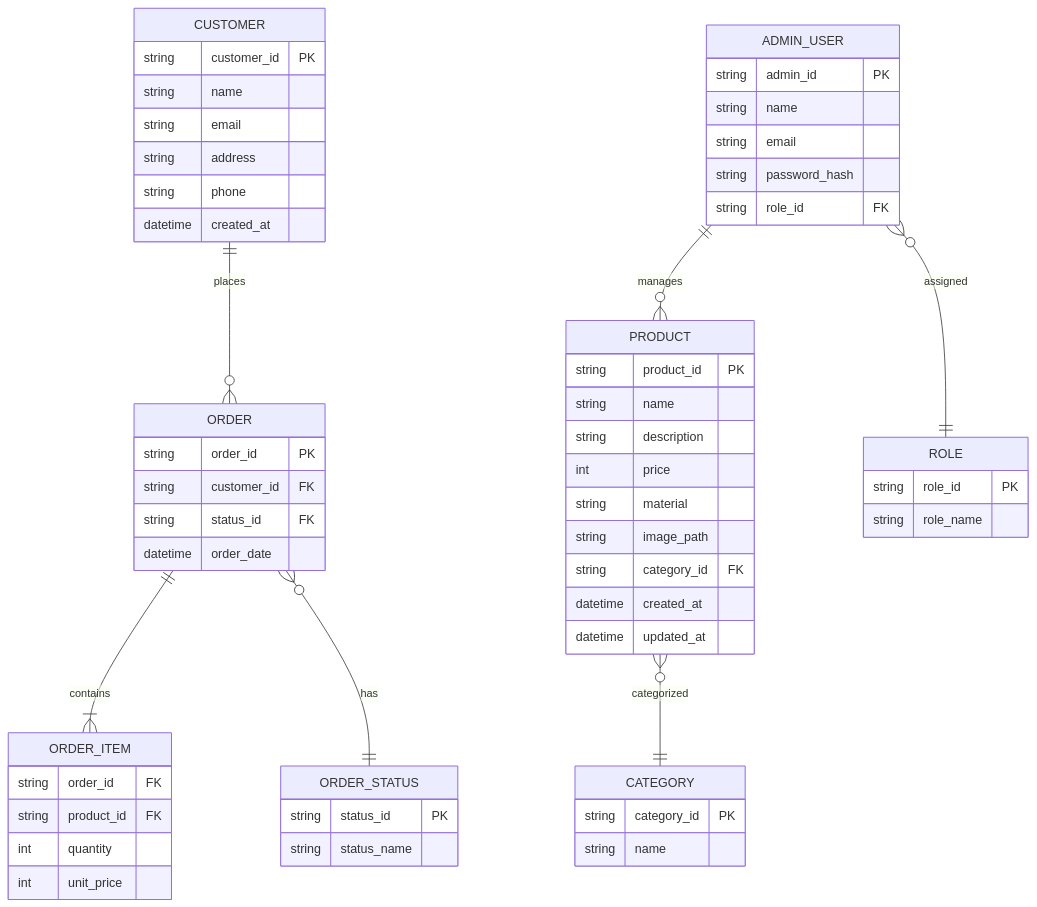
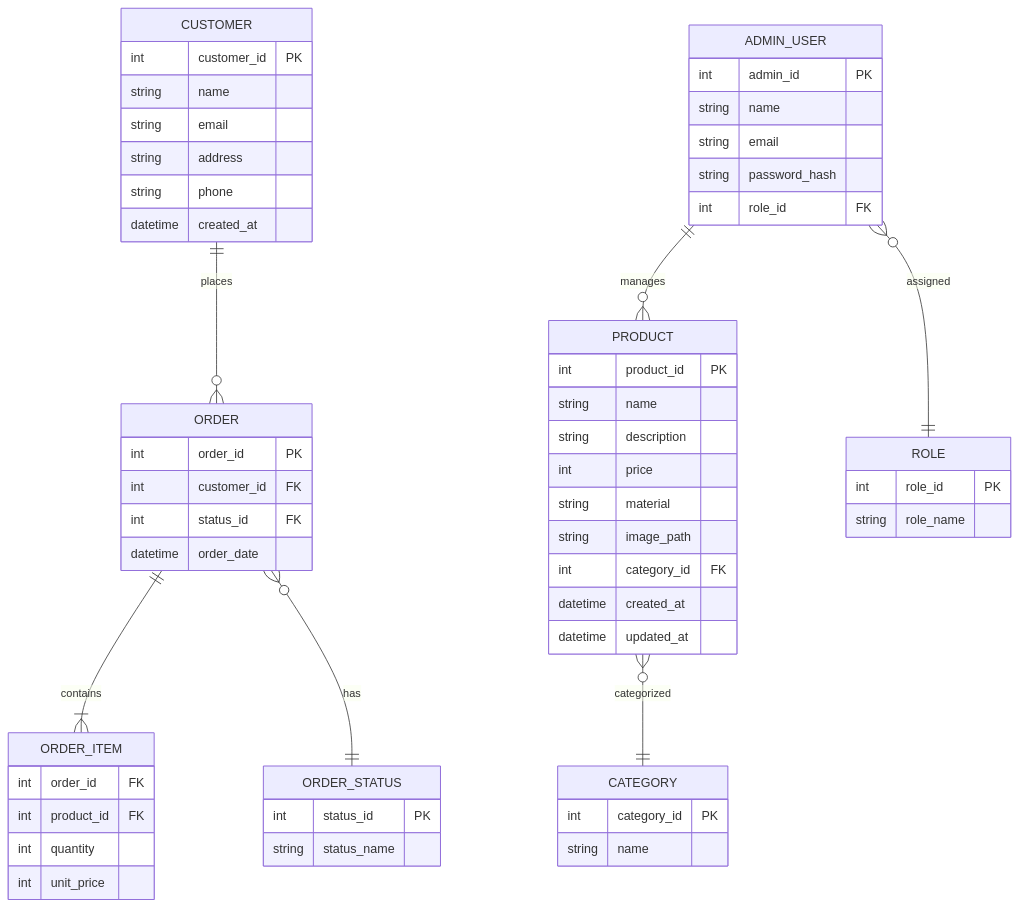
Diagram 17 of 18 in 詳細設計/詳細設計書.md (natsumiumeda/Jobs), drawn with Mermaid before and after one commit. The commit also changed other lines of this file, not shown here.

Commit message:
数値型

```diff
--- a/詳細設計/詳細設計書.md
+++ b/詳細設計/詳細設計書.md
@@ -1529,67 +1529,67 @@
 <div class="mermaid">
 erDiagram
     CUSTOMER ||--o{ ORDER : places
     ORDER ||--|{ ORDER_ITEM : contains
     PRODUCT }o--|| CATEGORY : categorized
     ADMIN_USER }o--|| ROLE : assigned
     ADMIN_USER ||--o{ PRODUCT : manages
     ORDER }o--|| ORDER_STATUS : has
  
     CUSTOMER {
-        string customer_id PK
+        int customer_id PK
         string name
         string email
         string address
         string phone
         datetime created_at
     }
  
     PRODUCT {
-        string product_id PK
+        int product_id PK
         string name
         string description
         int price
         string material
         string image_path
-        string category_id FK
+        int category_id FK
         datetime created_at
         datetime updated_at
     }
  
     CATEGORY {
-        string category_id PK
+        int category_id PK
         string name
     }
  
     ORDER {
-        string order_id PK
-        string customer_id FK
-        string status_id FK
+        int order_id PK
+        int customer_id FK
+        int status_id FK
         datetime order_date
     }
  
     ORDER_ITEM {
-        string order_id FK
-        string product_id FK
+        int order_id FK
+        int product_id FK
         int quantity
         int unit_price
     }
  
     ADMIN_USER {
-        string admin_id PK
+        int admin_id PK
         string name
         string email
         string password_hash
-        string role_id FK
+        int role_id FK
     }
  
     ROLE {
-        string role_id PK
+        int role_id PK
         string role_name
     }
  
     ORDER_STATUS {
-        string status_id PK
+        int status_id PK
         string status_name
     }
 </div>
```
